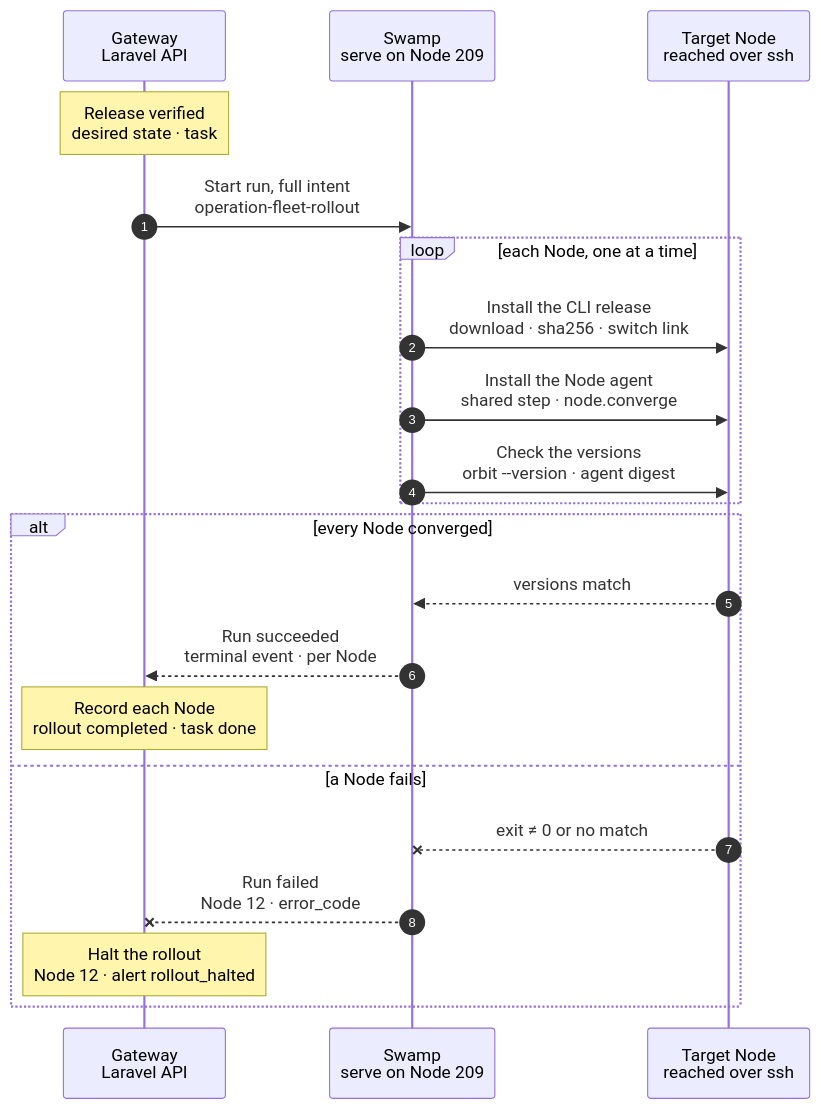
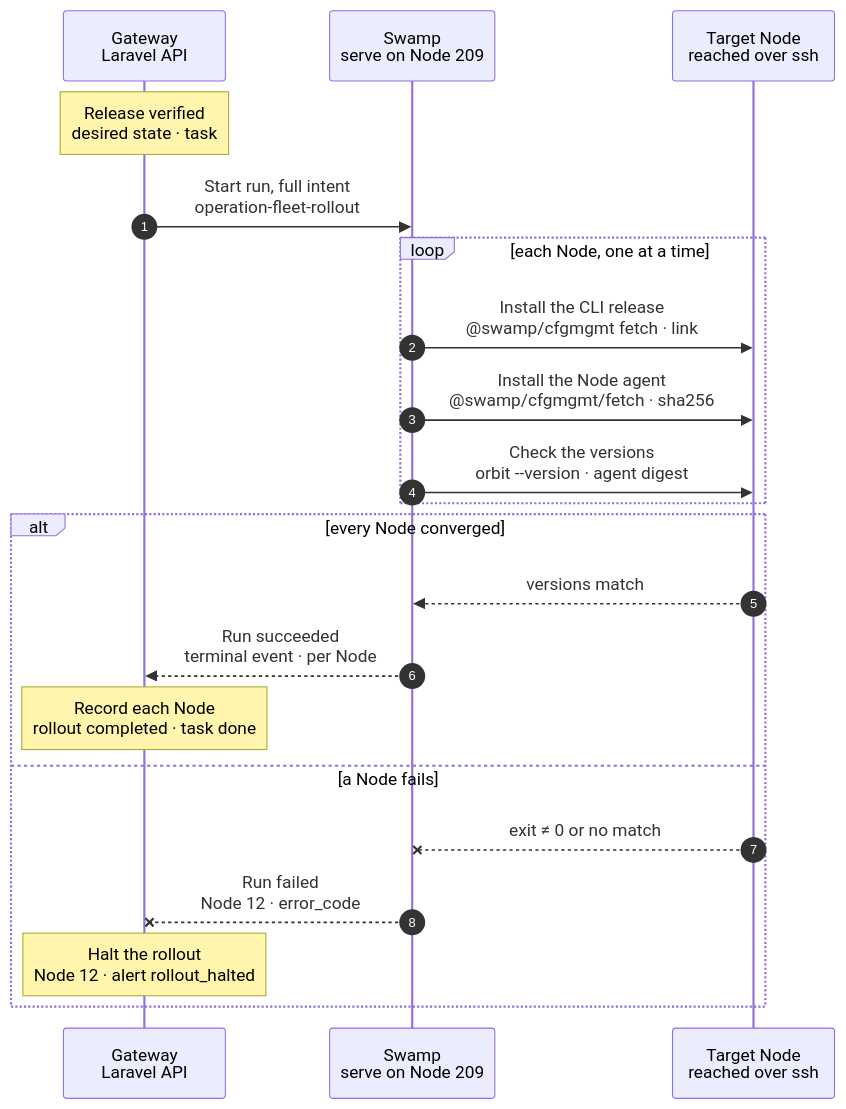
Before and after one commit to hardimpactdev/orbit: the diagram in docs/cli/fleet/rollout.mmd, drawn with Mermaid. The commit also changed 2 other files, not shown here.

Commit message:
docs(cli): tighten2 wave 9 charts (fleet.rollout, tasks.publish, tasks.dependency_merge)
fleet.peer_dns waits for its lane: its new chart needs a workflow change.

```diff
--- a/docs/cli/fleet/rollout.mmd
+++ b/docs/cli/fleet/rollout.mmd
@@ -1,82 +1,83 @@
 sequenceDiagram
   %% Target design: ADR 0244 task, DECISIONS R1-R4, agent-frozen-until-swamp-port, single-swamp-node. docs/reference/gateway-recovery.md#fleet-rollout.
+  %% Tightened: flow-tighten 2026-11-02, rule 22 (cfgmgmt fetch and link name the install steps).
   %% status: draft
   %% command: none · after each verified Gateway release
   %% kind: fleet.rollout
   autonumber
   %% lane GW icon=gateway pill=intent tone=blue
   %% lane SW icon=workflow pill=executes tone=green
   %% lane N icon=server pill=target tone=amber
   participant GW as Gateway<br/>Laravel API
   participant SW as Swamp<br/>serve on Node 209
   participant N as Target Node<br/>reached over ssh
   Note over GW: Release verified<br/>desired state · task #5160
   %%> When:
   %%> - right after the Gateway verified a release, while `ORBIT_FLEET_ROLLOUT=true`
   %%> - again when CI publishes a CLI release that was missing, or after `fleet:rollout:resume`
   %%> Not included:
   %%> - no command starts it; `fleet:rollout:status` shows it, `fleet:rollout:resume` resumes it after a halt
   %%> - no per-minute Swamp poll admits it; the release itself is the trigger
   %%> Requirements:
   %%> - no other rollout is running or halted
   %%> - the CLI release of the commit is published, or an ancestor's release stands in after 30 minutes
   %%> What it decides:
   %%> - the desired state: the CLI release with the SHA-256 of each binary, and the Node agent pin with its digests
   %%> - the rollout set and order: active managed Linux Nodes with roles; task sandboxes, macOS Nodes, roleless Nodes and the Gateway's own Node stay out
   %%> Result:
   %%> - task #5160 recorded with the full intent; nothing has happened on a Node yet
   GW->>SW: Start run, full intent<br/>operation-fleet-rollout
   %%> What it does:
   %%> - starts one Swamp run on serve (Node 209) for the whole rollout set
   %%> Inputs:
   %%> - the Nodes in order, each with its address and SSH host keys; the SSH identity comes from the `swamp` role
   %%> - the CLI release URL and digests, and the Node agent pin
   loop each Node, one at a time
-    SW->>N: Install the CLI release<br/>download · sha256 · switch link
+    SW->>N: Install the CLI release<br/>@swamp/cfgmgmt fetch · link
     %%> How:
     %%> - Swamp reaches Node 12 over SSH from 209, with `@swamp/ssh`
     %%> What it does:
-    %%> - downloads the admitted release, checks its SHA-256 and reported version, publishes the root-owned binary and switches the link atomically
+    %%> - downloads the admitted release with `@swamp/cfgmgmt/fetch` and its `checksum`, publishes the root-owned binary and switches the link atomically with `@swamp/cfgmgmt/link`
     %%> - a Node that already runs this release is left as it is
     %%> Refuses:
     %%> - a foreign file at `/usr/local/bin/orbit`; that Node is skipped as `foreign_cli`, not failed
-    SW->>N: Install the Node agent<br/>shared step · node.converge
+    SW->>N: Install the Node agent<br/>@swamp/cfgmgmt/fetch · sha256
     %%> What it does:
     %%> - the same step `node.converge` uses: installs the pinned Node agent only when its digest differs, then restarts `orbit-agent`
     %%> Today:
     %%> - the Node agent is frozen at its pin until it is stripped to an observer, so this step changes nothing
     %%> Not included:
     %%> - Caddy, DNS, PHP and role files; `node.converge` and `fleet.recipe` own those
     SW->>N: Check the versions<br/>orbit --version · agent digest
     %%> What it does:
     %%> - reads the CLI version and the running Node agent's binary digest
     %%> Why:
     %%> - a Node only counts as converged when it shows the desired state
   end
   alt every Node converged
     N-->>SW: versions match
     %%> Returns:
     %%> - the check passed on the last Node
     SW-->>GW: Run succeeded<br/>terminal event · per Node
     %%> How the Gateway learns it:
     %%> - its shared run reader sees the terminal event; Swamp never calls the Gateway
     Note over GW: Record each Node<br/>rollout completed · task done
     %%> Result:
     %%> - each Node's outcome on the rollout record; `fleet:rollout:status` shows it
     %%> - unreachable Nodes changed nothing; they stay `pending` for the next catch-up
     %%> - task #5160 succeeds
   else a Node fails
     N--xSW: exit ≠ 0 or no match
     %%> When:
     %%> - a download, digest, publish or check fails on Node 12
     SW--xGW: Run failed<br/>Node 12 · error_code
     %%> What it does:
     %%> - Swamp visits no later Node, so one bad release breaks at most one Node
     Note over GW: Halt the rollout<br/>Node 12 · alert rollout_halted
     %%> Result:
     %%> - the rollout is `halted` at Node 12 and raises `rollout_halted`; task #5160 fails
     %%> On the Node:
     %%> - the old CLI link stays when the switch did not happen; there is no rollback
     %%> Retry:
     %%> - fix the cause, then `fleet:rollout:resume` (Node 12 first) or `fleet:rollout:resume --skip=12`; it is a new task
   end
```
